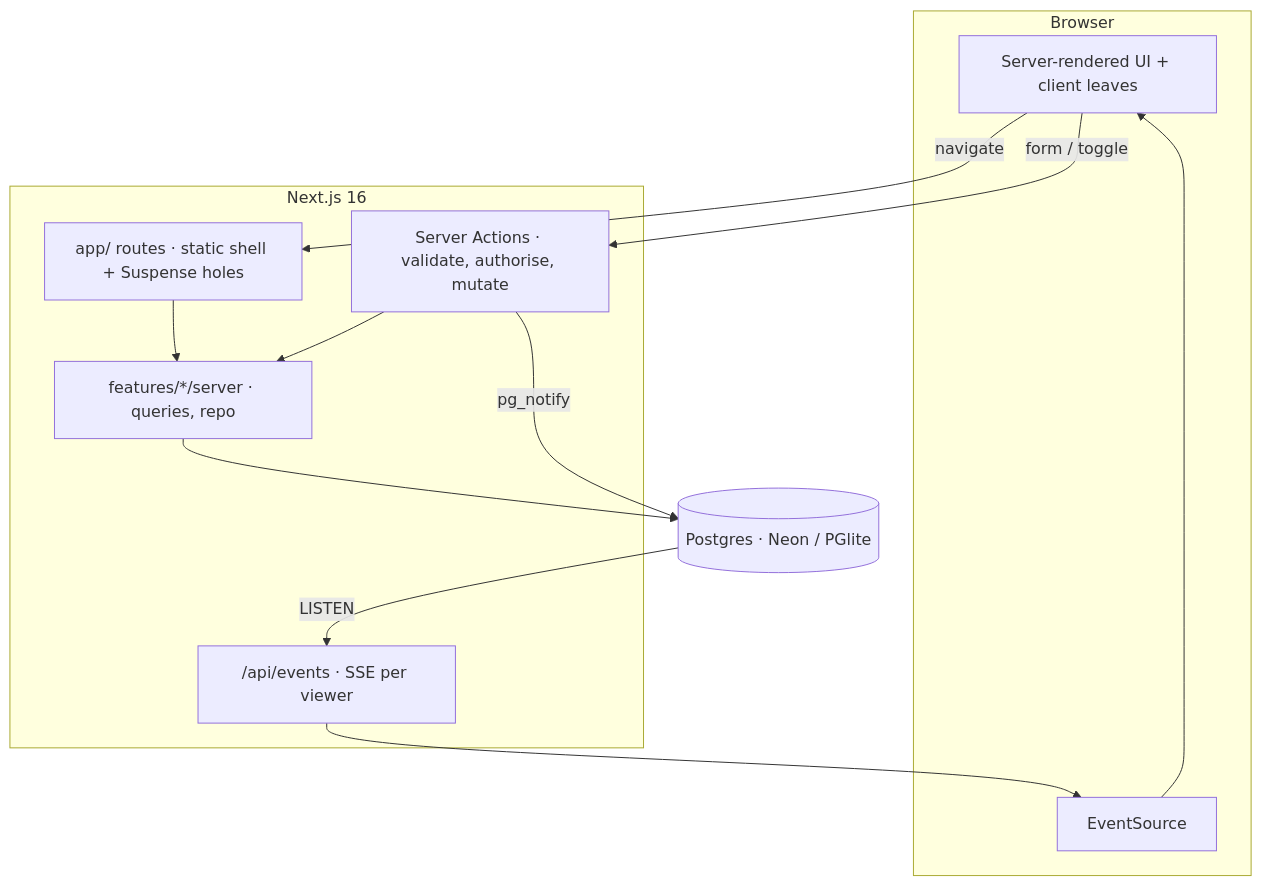
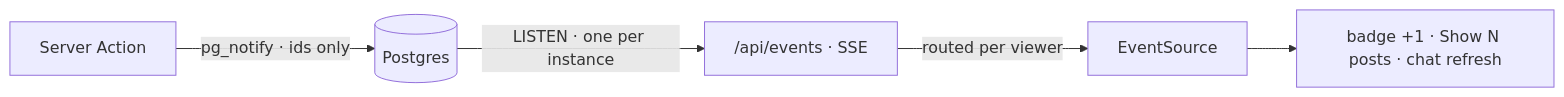
Before and after one commit to heliostack-dev/halo: the diagram in README.md, drawn with Mermaid. The commit also changed other lines of this file and 6 other files, not shown here.

````diff
--- a/README.md
+++ b/README.md
@@ -114,17 +69,7 @@
 ```mermaid
-flowchart TB
-  subgraph browser["Browser"]
-    UI["Server-rendered UI + client leaves"]
-    ES["EventSource"]
-  end
-  subgraph next["Next.js 16"]
-    Pages["app/ routes · static shell + Suspense holes"]
-    Actions["Server Actions · validate, authorise, mutate"]
-    SSE["/api/events · SSE per viewer"]
-    Queries["features/*/server · queries, repo"]
-  end
-  DB[("Postgres · Neon / PGlite")]
-  UI -->|navigate| Pages --> Queries --> DB
-  UI -->|form / toggle| Actions --> Queries
-  Actions -->|pg_notify| DB -->|LISTEN| SSE --> ES --> UI
+flowchart LR
+  A["Server Action"] -->|"pg_notify · ids only"| DB[("Postgres")]
+  DB -->|"LISTEN · one per instance"| S["/api/events · SSE"]
+  S -->|"routed per viewer"| B["EventSource"]
+  B --> U["badge +1 · Show N posts · chat refresh"]
 ```
````
